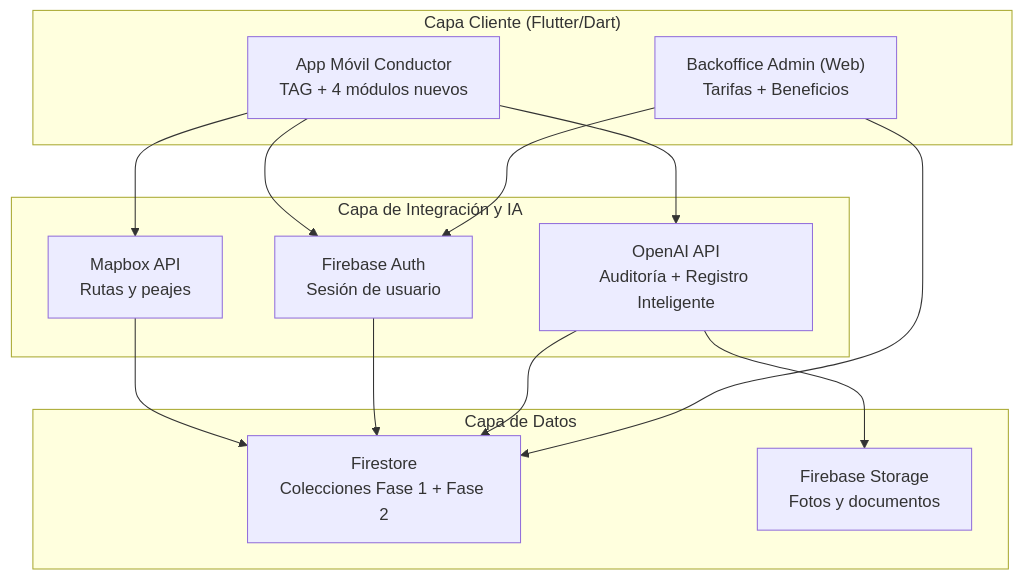
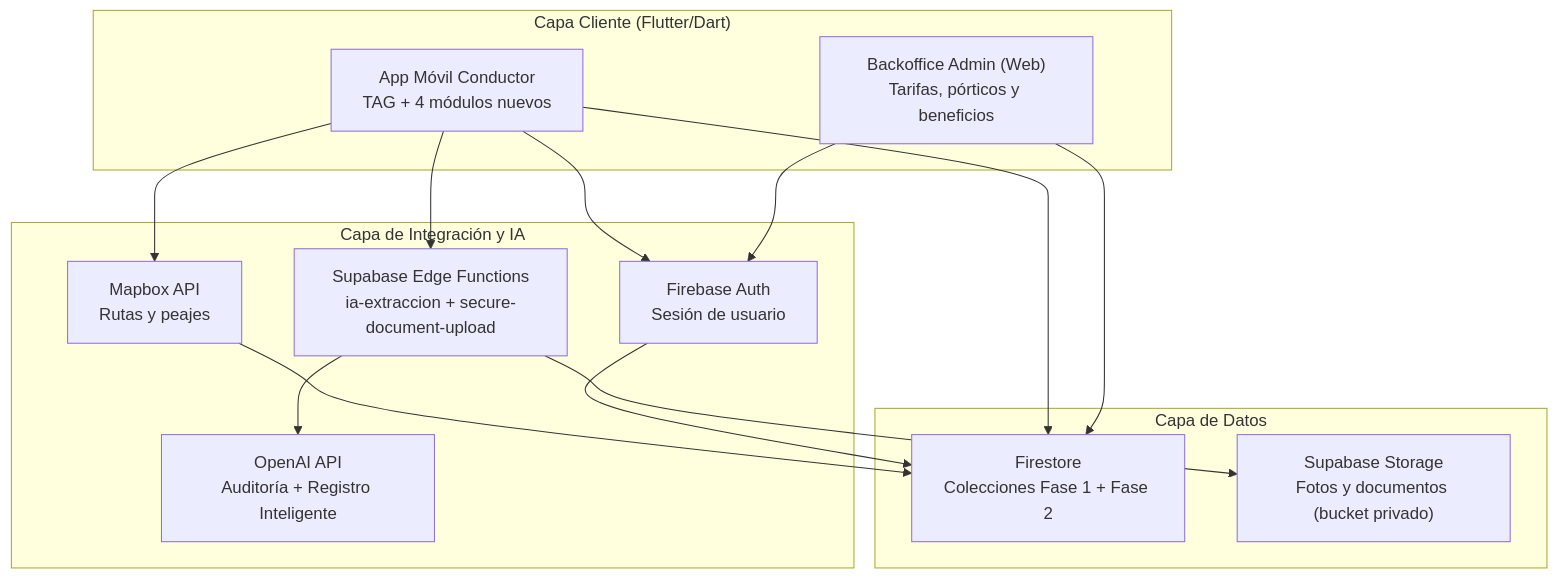
Before and after one commit to JazminHerrera2/CAPSTOM_EC_DM_AC: the diagram in README.md, drawn with Mermaid. The commit also changed other lines of this file, not shown here.

Commit message:
README: instalacion actualizada, arquitectura con Supabase y modulos de la Fase 2

````diff
--- a/README.md
+++ b/README.md
@@ -79,26 +79,28 @@
 ```mermaid
 graph TD
     subgraph Cliente ["Capa Cliente (Flutter/Dart)"]
         App["App Móvil Conductor<br/>TAG + 4 módulos nuevos"]
-        Admin["Backoffice Admin (Web)<br/>Tarifas + Beneficios"]
+        Admin["Backoffice Admin (Web)<br/>Tarifas, pórticos y beneficios"]
     end
     subgraph Integracion ["Capa de Integración y IA"]
         Mapbox["Mapbox API<br/>Rutas y peajes"]
         Auth["Firebase Auth<br/>Sesión de usuario"]
+        Edge["Supabase Edge Functions<br/>ia-extraccion + secure-document-upload"]
         OpenAI["OpenAI API<br/>Auditoría + Registro Inteligente"]
     end
     subgraph Datos ["Capa de Datos"]
         Firestore["Firestore<br/>Colecciones Fase 1 + Fase 2"]
-        Storage["Firebase Storage<br/>Fotos y documentos"]
+        Storage["Supabase Storage<br/>Fotos y documentos (bucket privado)"]
     end
 
     App --> Mapbox
     App --> Auth
-    App --> OpenAI
+    App --> Edge
+    Edge --> OpenAI
+    Edge --> Storage
     Admin --> Auth
     Mapbox --> Firestore
     Auth --> Firestore
-    OpenAI --> Firestore
-    OpenAI --> Storage
+    App --> Firestore
     Admin --> Firestore
 ```
````
